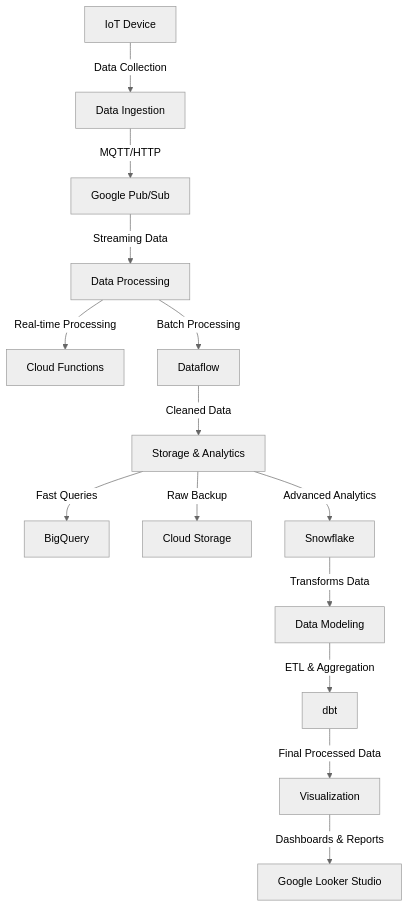
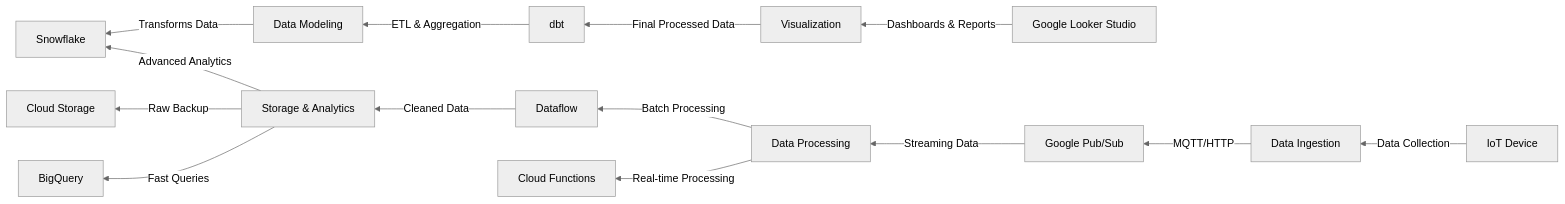
One commit to Nikhilsuresh11/Qr-code-generator changed the diagram in README.md. Above: the diagram before and after it, drawn with Mermaid (neutral theme).

````diff
--- a/README.md
+++ b/README.md
@@ -1,21 +1,21 @@
 ```mermaid
-graph TD;
+graph RL;
+    N[Google Looker Studio] -->|Dashboards & Reports| M[Visualization];
+    M -->|Final Processed Data| L[dbt];
+    L -->|ETL & Aggregation| K[Data Modeling];
+    K -->|Transforms Data| J[Snowflake];
+
+    G[Storage & Analytics] -->|Advanced Analytics| J[Snowflake];
+    G -->|Raw Backup| I[Cloud Storage];
+    G -->|Fast Queries| H[BigQuery];
+
+    F[Dataflow] -->|Cleaned Data| G[Storage & Analytics];
+    D[Data Processing] -->|Batch Processing| F;
+    D -->|Real-time Processing| E[Cloud Functions];
+    C[Google Pub/Sub] -->|Streaming Data| D[Data Processing];
+    B -->|MQTT/HTTP| C[Google Pub/Sub];
     A[IoT Device] -->|Data Collection| B[Data Ingestion];
-    B -->|MQTT/HTTP| C[Google Pub/Sub];
-    C -->|Streaming Data| D[Data Processing];
-    D -->|Real-time Processing| E[Cloud Functions];
-    D -->|Batch Processing| F[Dataflow];
 
-    F -->|Cleaned Data| G[Storage & Analytics];
-    G -->|Fast Queries| H[BigQuery];
-    G -->|Raw Backup| I[Cloud Storage];
-    G -->|Advanced Analytics| J[Snowflake];
-
-    J -->|Transforms Data| K[Data Modeling];
-    K -->|ETL & Aggregation| L[dbt];
-
-    L -->|Final Processed Data| M[Visualization];
-    M -->|Dashboards & Reports| N[Google Looker Studio];
 
 
 ```
````
